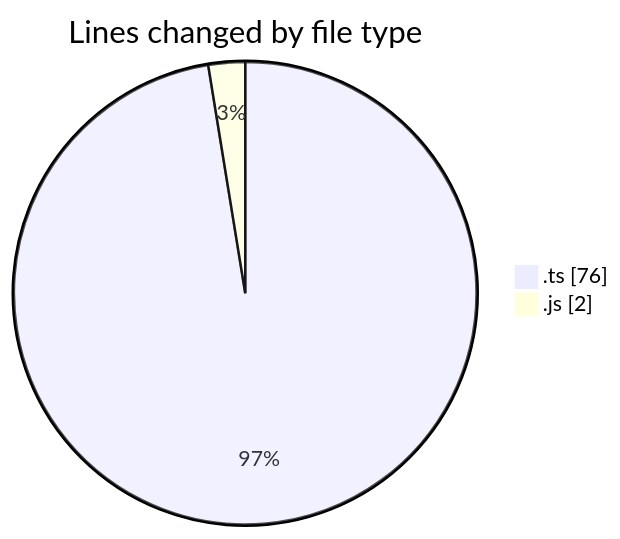
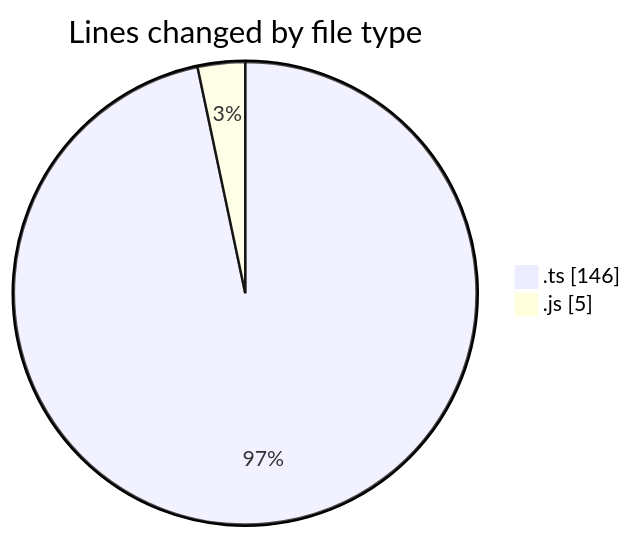
The first of 2 diagrams in 2025-03-12/cda/README.md (momahboobian/code-tracking), drawn with Mermaid before and after one commit. The commit also changed other lines of this file and 1 other file, not shown here.

````diff
--- a/2025-03-12/cda/README.md
+++ b/2025-03-12/cda/README.md
@@ -22,6 +23,6 @@
 ```mermaid
 pie showData
 title Lines changed by file type
-".ts" : 76
-".js" : 2
+".ts" : 146
+".js" : 5
 ```
````
